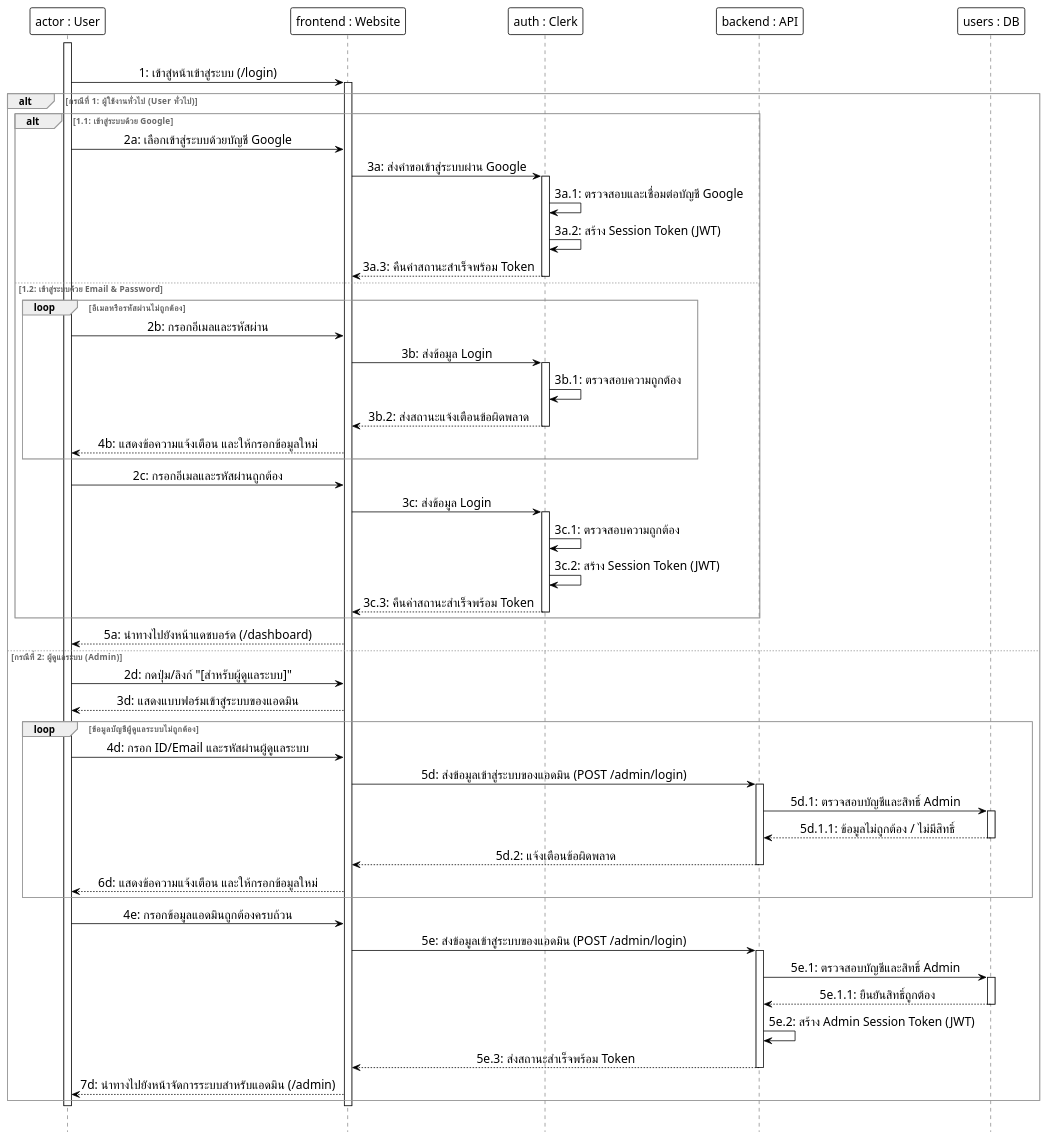
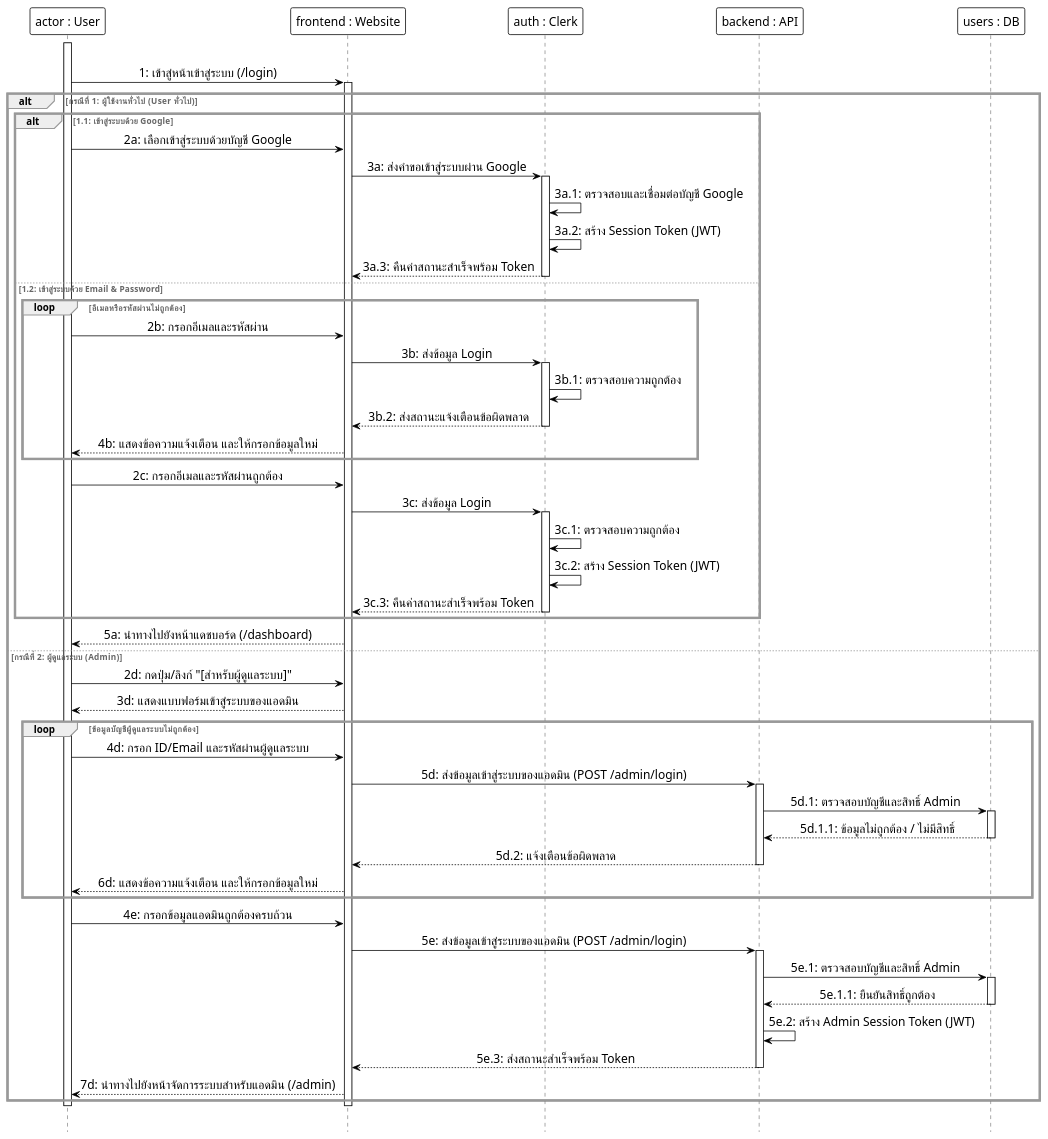
Before and after one commit to Anatta-at/my-portfolio-app: diagram 11 of 15 in docs/diagrams/plantuml_source/plantuml_sequence_diagrams.md, drawn with PlantUML. The commit also changed other lines of this file and 15 other files, not shown here.

Commit message:
docs: Update sequence lifeline thickness to 8.0 and alt/loop border thickness to 3.0

```diff
--- a/docs/diagrams/plantuml_source/plantuml_sequence_diagrams.md
+++ b/docs/diagrams/plantuml_source/plantuml_sequence_diagrams.md
@@ -592,7 +592,7 @@
 skinparam ArrowFontSize 16
 skinparam sequenceMessageAlign center
 skinparam SequenceGroupBorderColor #999999
-skinparam SequenceGroupBorderThickness 1.0
+skinparam SequenceGroupBorderThickness 3.0
 skinparam SequenceGroupFontColor #666666
 
 participant "actor : User" as User
```
